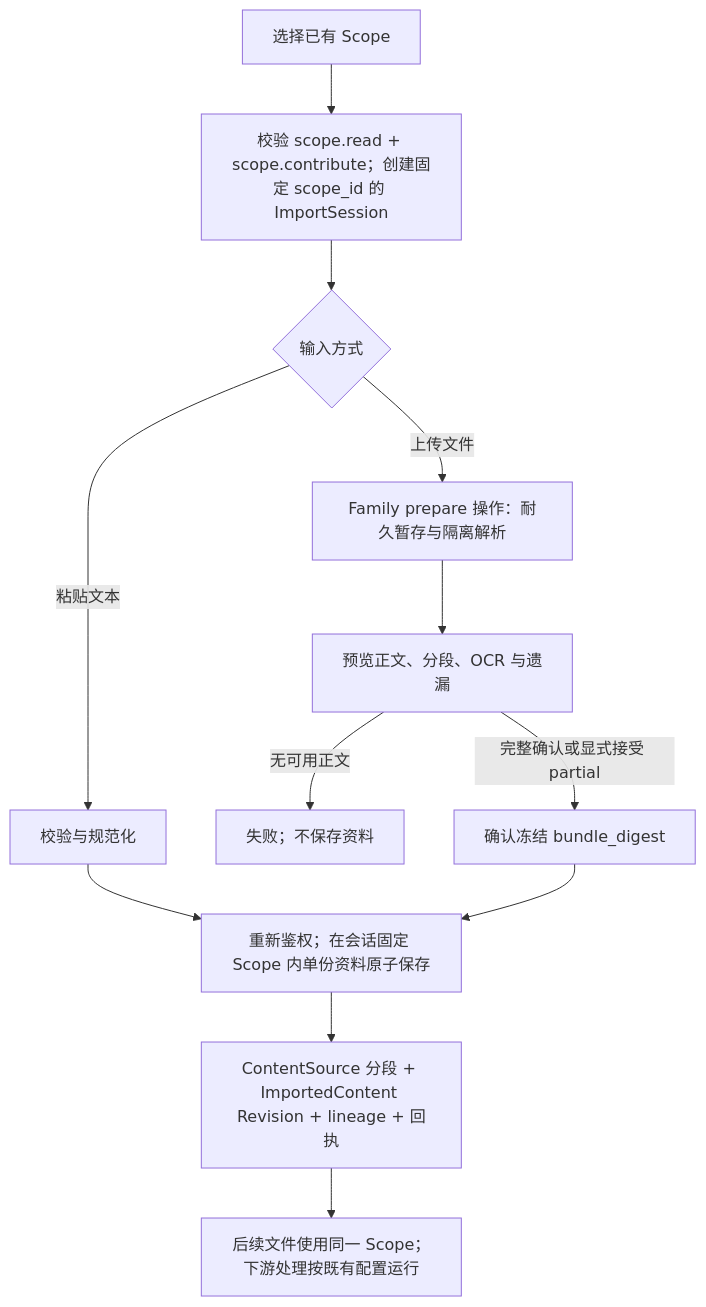
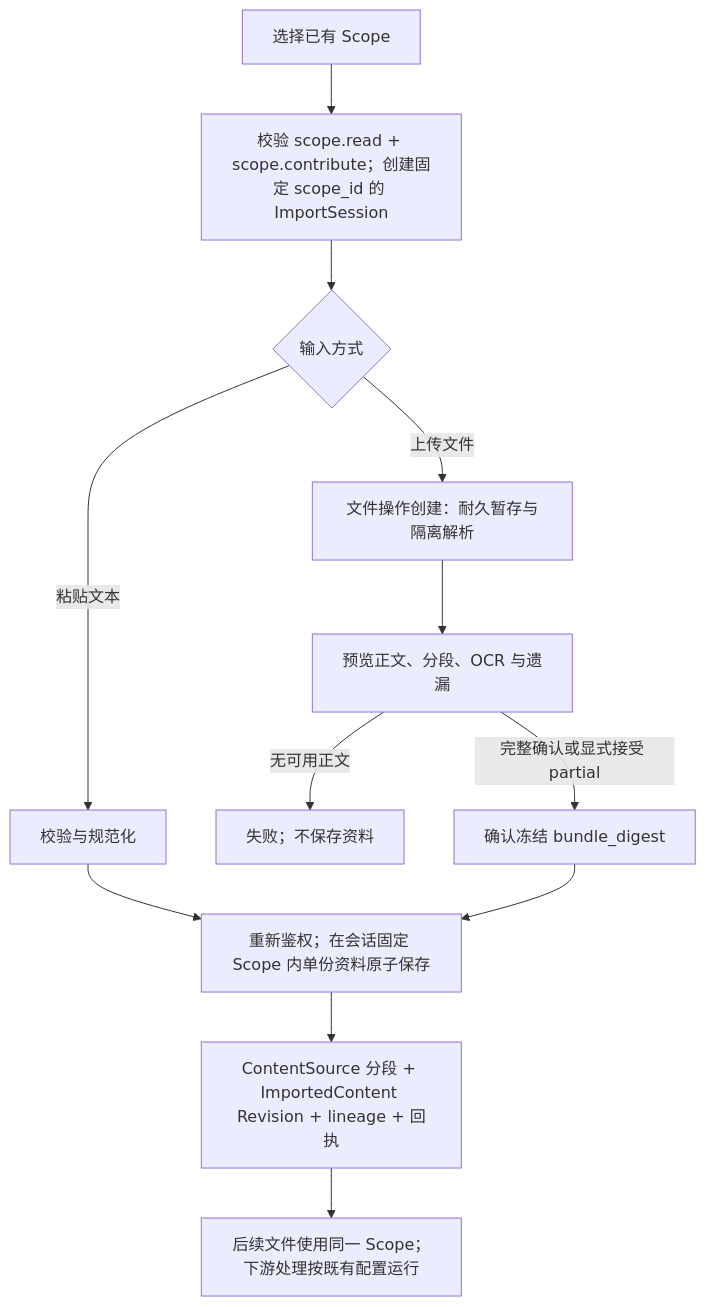
Before and after one commit to 11230038/PowerContext: the first of 5 diagrams in docs/zh/rfcs/2073-text-material-import.md, drawn with Mermaid. The commit also changed other lines of this file and 1 other file, not shown here.

````diff
--- a/docs/zh/rfcs/2073-text-material-import.md
+++ b/docs/zh/rfcs/2073-text-material-import.md
@@ -74,14 +74,14 @@
 ```mermaid
 flowchart TD
     A["选择已有 Scope"] --> P["校验 scope.read + scope.contribute；创建固定 scope_id 的 ImportSession"]
     P --> B{"输入方式"}
     B -->|粘贴文本| C["校验与规范化"]
-    B -->|上传文件| D["Family prepare 操作：耐久暂存与隔离解析"]
+    B -->|上传文件| D["文件操作创建：耐久暂存与隔离解析"]
     D --> E["预览正文、分段、OCR 与遗漏"]
     E -->|无可用正文| X["失败；不保存资料"]
     E -->|完整确认或显式接受 partial| F["确认冻结 bundle_digest"]
     C --> G["重新鉴权；在会话固定 Scope 内单份资料原子保存"]
     F --> G
     G --> I["ContentSource 分段 + ImportedContent Revision + lineage + 回执"]
     I --> J["后续文件使用同一 Scope；下游处理按既有配置运行"]
 ```
````
